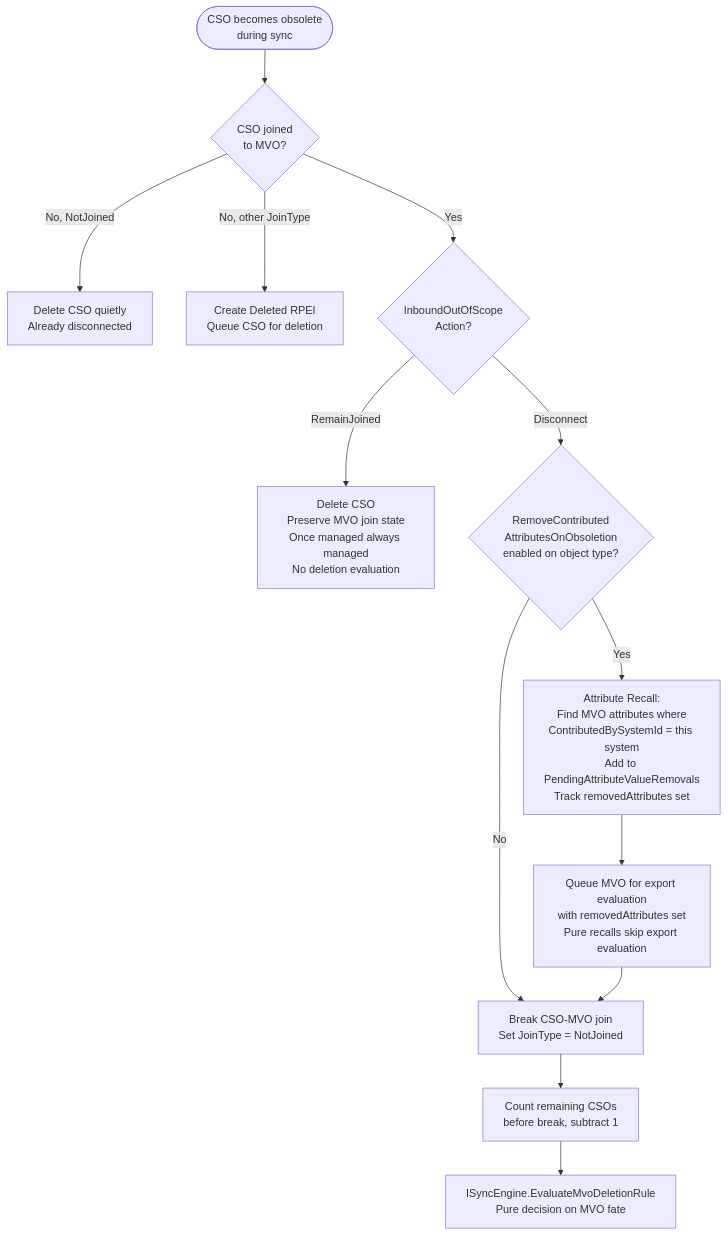
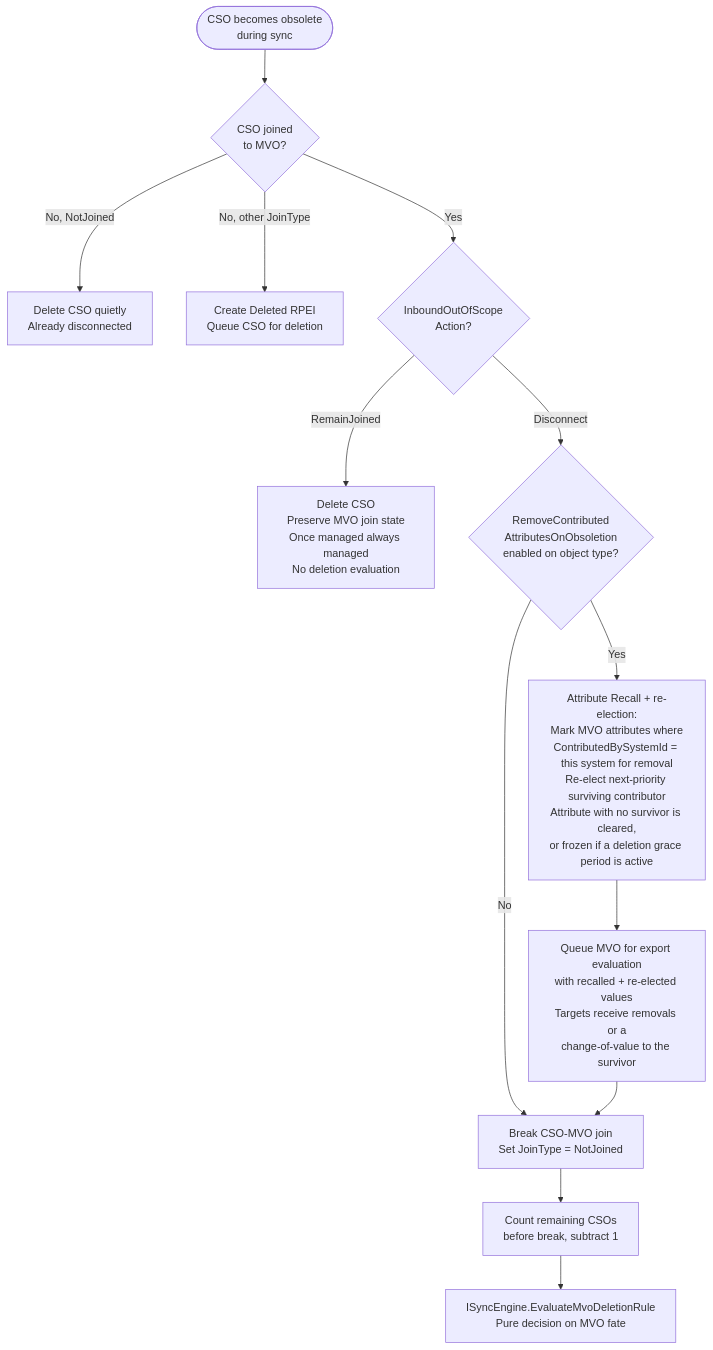
One commit to TetronIO/JIM changed the first of 6 diagrams in docs/developer/diagrams/MVO_DELETION_AND_GRACE_PERIOD.md. Above: the diagram before and after it, drawn with Mermaid. The commit also changed other lines of this file and 32 other files, not shown here.

````diff
--- a/docs/developer/diagrams/MVO_DELETION_AND_GRACE_PERIOD.md
+++ b/docs/developer/diagrams/MVO_DELETION_AND_GRACE_PERIOD.md
@@ -17,20 +17,20 @@
 ```mermaid
 flowchart TD
     Start([CSO becomes obsolete<br/>during sync]) --> Joined{CSO joined<br/>to MVO?}
 
     Joined -->|No, NotJoined| QuietDelete[Delete CSO quietly<br/>Already disconnected]
     Joined -->|No, other JoinType| DeleteWithRPEI[Create Deleted RPEI<br/>Queue CSO for deletion]
 
     Joined -->|Yes| OosAction{InboundOutOfScope<br/>Action?}
 
     OosAction -->|RemainJoined| KeepJoin[Delete CSO<br/>Preserve MVO join state<br/>Once managed always managed<br/>No deletion evaluation]
 
     OosAction -->|Disconnect| RemoveAttrs{RemoveContributed<br/>AttributesOnObsoletion<br/>enabled on object type?}
-    RemoveAttrs -->|Yes| RecallAttrs[Attribute Recall:<br/>Find MVO attributes where<br/>ContributedBySystemId = this system<br/>Add to PendingAttributeValueRemovals<br/>Track removedAttributes set]
+    RemoveAttrs -->|Yes| RecallAttrs[Attribute Recall + re-election:<br/>Mark MVO attributes where<br/>ContributedBySystemId = this system for removal<br/>Re-elect next-priority surviving contributor<br/>Attribute with no survivor is cleared,<br/>or frozen if a deletion grace period is active]
     RemoveAttrs -->|No| BreakJoin
-    RecallAttrs --> QueueRecall[Queue MVO for export evaluation<br/>with removedAttributes set<br/>Pure recalls skip export evaluation]
+    RecallAttrs --> QueueRecall[Queue MVO for export evaluation<br/>with recalled + re-elected values<br/>Targets receive removals or a<br/>change-of-value to the survivor]
     QueueRecall --> BreakJoin[Break CSO-MVO join<br/>Set JoinType = NotJoined]
 
     BreakJoin --> CountRemaining[Count remaining CSOs<br/>before break, subtract 1]
     CountRemaining --> EvalDeletion[ISyncEngine.EvaluateMvoDeletionRule<br/>Pure decision on MVO fate]
 ```
````
